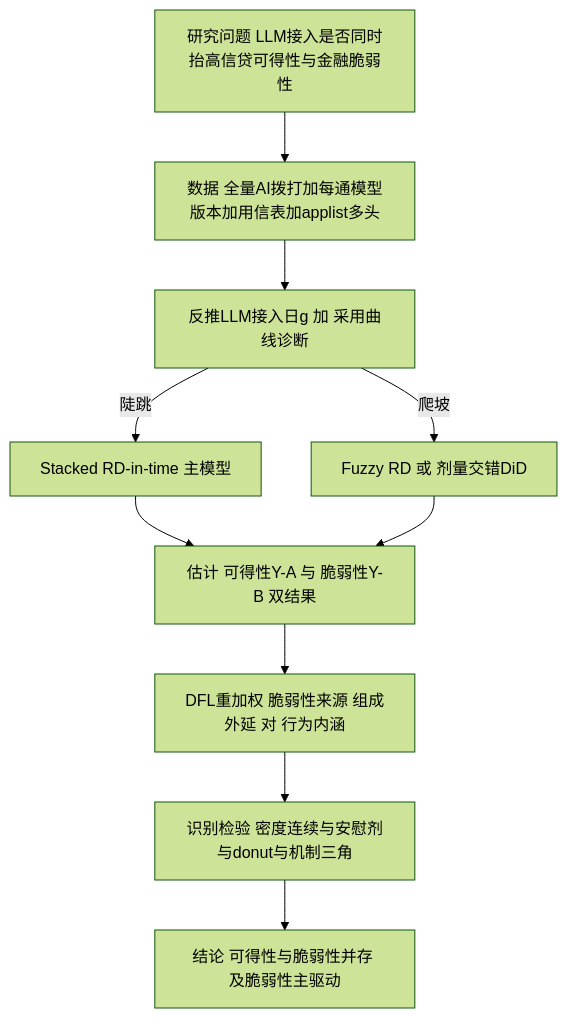
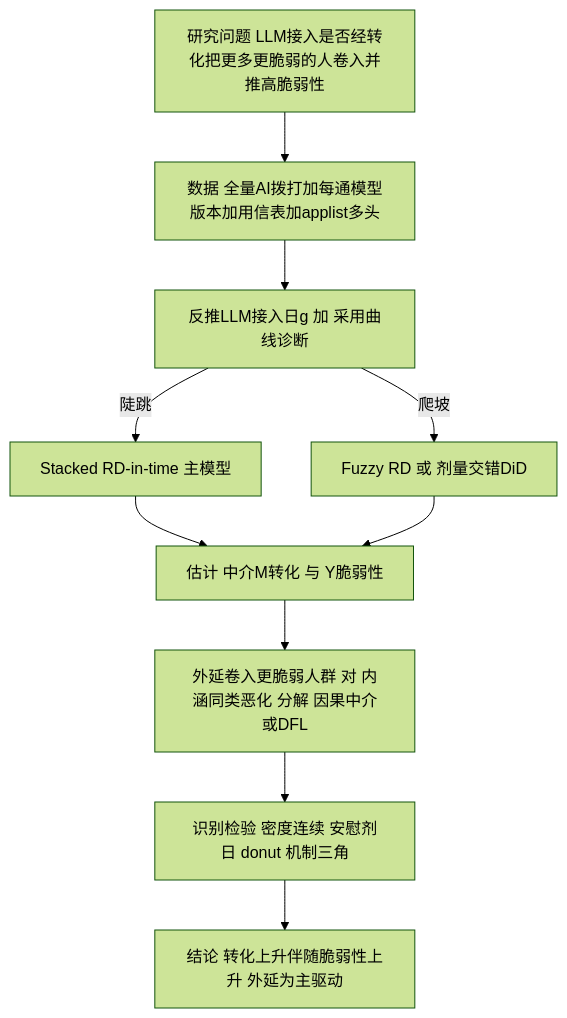
One commit to qliu2318/claude changed the fourth of 8 diagrams in 开题报告_LLM消费信贷_设计稿.md. Above: the diagram before and after it, drawn with Mermaid (forest theme). The commit also changed other lines of this file and 2 other files, not shown here.

````diff
--- a/开题报告_LLM消费信贷_设计稿.md
+++ b/开题报告_LLM消费信贷_设计稿.md
@@ -361,12 +361,12 @@
 ```mermaid
 flowchart TB
-  P[研究问题 LLM接入是否同时抬高信贷可得性与金融脆弱性] --> D[数据 全量AI拨打加每通模型版本加用信表加applist多头]
+  P[研究问题 LLM接入是否经转化把更多更脆弱的人卷入并推高脆弱性] --> D[数据 全量AI拨打加每通模型版本加用信表加applist多头]
   D --> G[反推LLM接入日g 加 采用曲线诊断]
   G -->|陡跳| RD[Stacked RD-in-time 主模型]
   G -->|爬坡| RD2[Fuzzy RD 或 剂量交错DiD]
-  RD --> YAB[估计 可得性Y-A 与 脆弱性Y-B 双结果]
-  RD2 --> YAB
-  YAB --> DEC[DFL重加权 脆弱性来源 组成外延 对 行为内涵]
-  DEC --> T[识别检验 密度连续与安慰剂与donut与机制三角]
-  T --> R[结论 可得性与脆弱性并存 及脆弱性主驱动]
+  RD --> EST[估计 中介M转化 与 Y脆弱性]
+  RD2 --> EST
+  EST --> DEC[外延卷入更脆弱人群 对 内涵同类恶化 分解 因果中介或DFL]
+  DEC --> T[识别检验 密度连续 安慰剂日 donut 机制三角]
+  T --> R[结论 转化上升伴随脆弱性上升 外延为主驱动]
 ```
````
